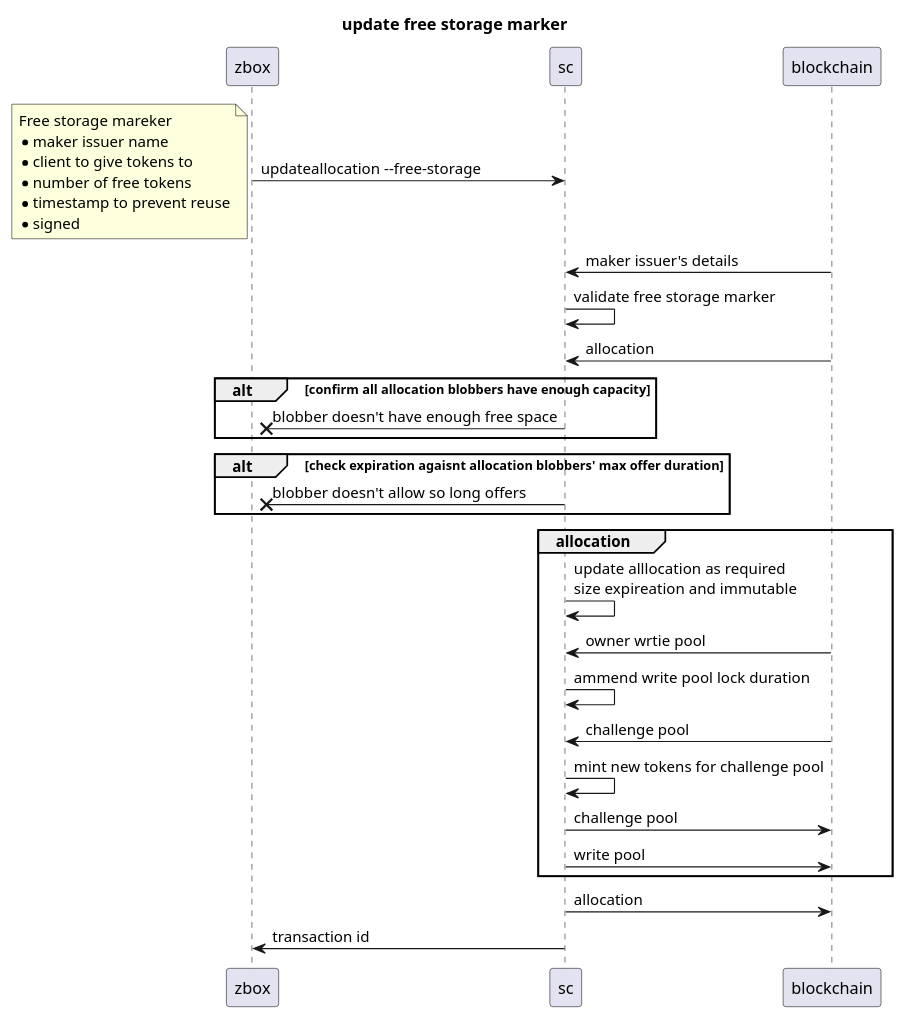
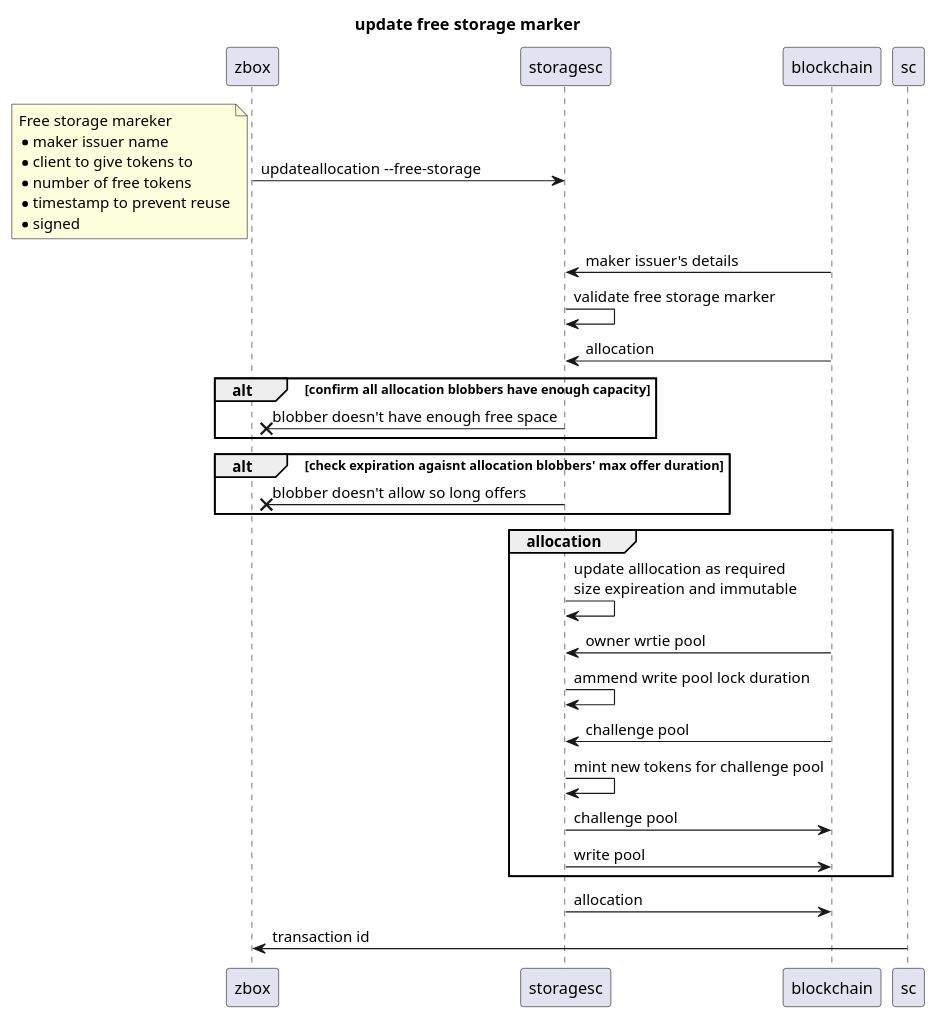
Diagram 24 of 32 in documents/uml.md (0chain/zboxcli), drawn with PlantUML before and after one commit. The commit also changed other lines of this file and 1 other file, not shown here.

````diff
--- a/documents/uml.md
+++ b/documents/uml.md
@@ -549,32 +555,32 @@
 ```puml
 title update free storage marker
-zbox -> sc : updateallocation --free-storage 
+zbox ->storagesc: updateallocation --free-storage 
 note left
     Free storage mareker
     * maker issuer name
     * client to give tokens to
     * number of free tokens     
     * timestamp to prevent reuse
     * signed
 end note   
-    sc <- blockchain : maker issuer's details
-    sc -> sc : validate free storage marker
-    blockchain -> sc : allocation
+   storagesc<- blockchain : maker issuer's details
+   storagesc->storagesc: validate free storage marker
+    blockchain ->storagesc: allocation
     alt confirm all allocation blobbers have enough capacity
-        sc ->x zbox : blobber doesn't have enough free space
+       storagesc->x zbox : blobber doesn't have enough free space
     end
     alt check expiration agaisnt allocation blobbers' max offer duration
-        sc ->x zbox : blobber doesn't allow so long offers
+       storagesc->x zbox : blobber doesn't allow so long offers
     end
     group allocation
-        sc -> sc : update alllocation as required\nsize expireation and immutable
-        blockchain -> sc : owner wrtie pool
-        sc -> sc : ammend write pool lock duration
-        blockchain -> sc : challenge pool
-        sc -> sc : mint new tokens for challenge pool
-        sc -> blockchain : challenge pool
-        sc -> blockchain : write pool
+       storagesc->storagesc: update alllocation as required\nsize expireation and immutable
+        blockchain ->storagesc: owner wrtie pool
+       storagesc->storagesc: ammend write pool lock duration
+        blockchain ->storagesc: challenge pool
+       storagesc->storagesc: mint new tokens for challenge pool
+       storagesc-> blockchain : challenge pool
+       storagesc-> blockchain : write pool
     end
-    sc -> blockchain : allocation
+   storagesc-> blockchain : allocation
 sc -> zbox : transaction id
 ```
````
